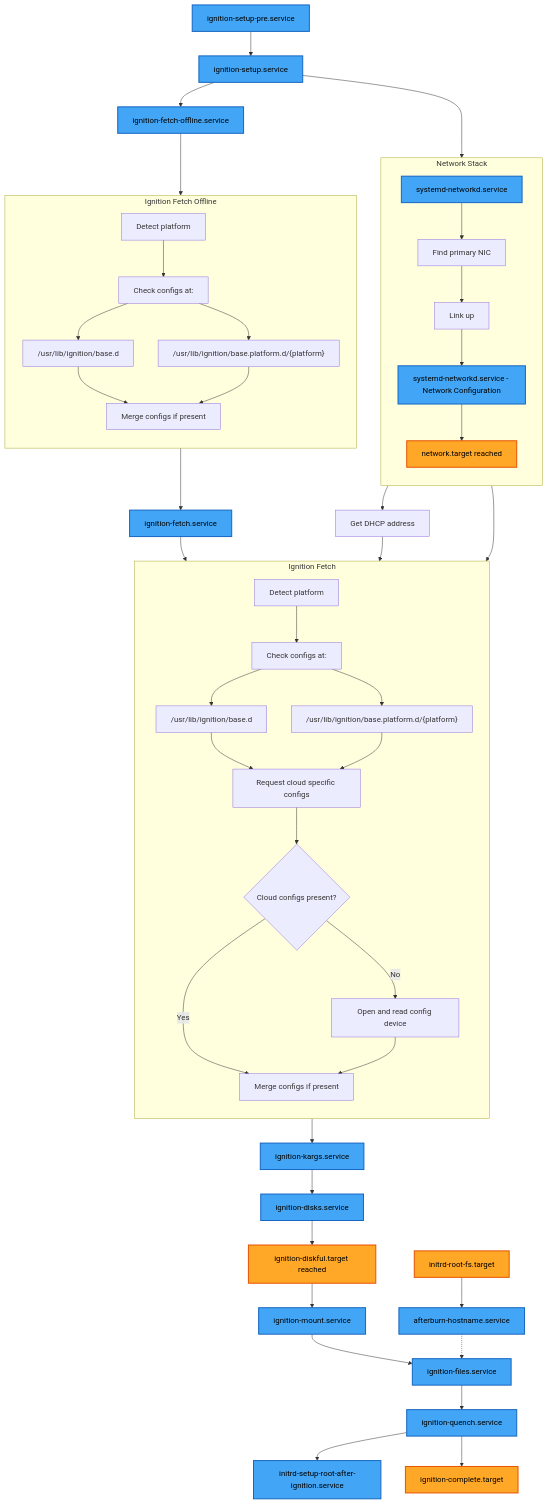
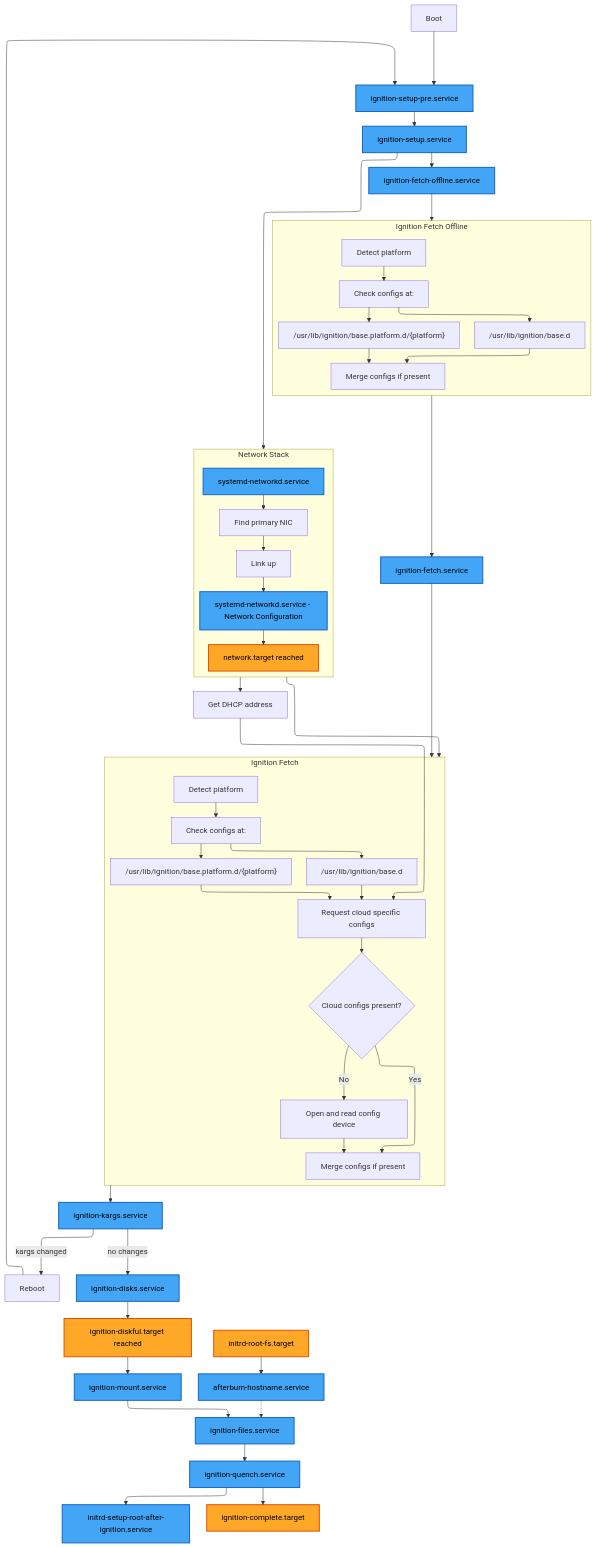
The diagram in docs/ignition-flow.md (coreos/ignition), drawn with Mermaid before and after one commit.

Commit message:
Inlcude reboot in kargs service

````diff
--- a/docs/ignition-flow.md
+++ b/docs/ignition-flow.md
@@ -1,11 +1,21 @@
 ```mermaid
+---
+config:
+    flowchart:
+        defaultRenderer: elk
+---
 flowchart TB
     %% ===== IGNITION BOOT FLOW =====
+
+    %% --- Early Boot ---
+    subgraph EARLY_BOOT [" "]
+        direction TB
+        setup_pre["ignition-setup-pre.service"] --> setup["ignition-setup.service"]
+        setup --> fetch_offline["ignition-fetch-offline.service"]
+    end
     
-    %% --- Early Boot ---
-    setup_pre["ignition-setup-pre.service"] --> setup["ignition-setup.service"]
-    setup --> fetch_offline["ignition-fetch-offline.service"]
-    
+    boot["Boot"] --> setup_pre
+
     %% --- Fetch Offline Details ---
     subgraph FETCH_OFFLINE ["Ignition Fetch Offline"]
         direction TB
@@ -48,23 +58,29 @@
     fetch_service --> FETCH_ONLINE
     
     %% --- Network Stack ---
-    subgraph NETWORK ["Network Stack"]
-        direction TB
-        networkd_service["systemd-networkd.service"]
-        find_primary_nic["Find primary NIC"]
-        link_up["Link up"]
-        network_config["systemd-networkd.service - Network Configuration"]
-        network_target["network.target reached"]
-        networkd_service --> find_primary_nic --> link_up --> network_config --> network_target
+    subgraph NETWORK_GROUP [" "]
+        subgraph NETWORK ["Network Stack"]
+            direction TB
+            networkd_service["systemd-networkd.service"]
+            find_primary_nic["Find primary NIC"]
+            link_up["Link up"]
+            network_config["systemd-networkd.service - Network Configuration"]
+            network_target["network.target reached"]
+            networkd_service --> find_primary_nic --> link_up --> network_config --> network_target
+        end
+        get_dhcp_address["Get DHCP address"]
+        NETWORK --> get_dhcp_address
     end
     setup --> NETWORK
     NETWORK --> FETCH_ONLINE
-    NETWORK --> get_dhcp_address["Get DHCP address"]
     get_dhcp_address --> online_request_cloud_configs
     
     %% --- Disk & Mount Services ---
     FETCH_ONLINE --> kargs_service["ignition-kargs.service"]
-    kargs_service --> disks_service["ignition-disks.service"]
+    kargs_service -->|kargs changed| reboot_kargs["Reboot"]
+    reboot_kargs --> setup_pre
+    
+    kargs_service -->|no changes| disks_service["ignition-disks.service"]
     disks_service --> diskful_target["ignition-diskful.target reached"]
     diskful_target --> mount_service["ignition-mount.service"]
     
@@ -82,4 +98,7 @@
     
     class setup_pre,setup,fetch_offline,fetch_service,kargs_service,disks_service,mount_service,files_service,quench_service,initrd_setup_root,network_config,networkd_service,afterburn_hostname_service service
     class diskful_target,complete_target,network_target,initrd_root_fs_target target
+    
+    style EARLY_BOOT fill:none,stroke:none
+    style NETWORK_GROUP fill:none,stroke:none
 ```
````
